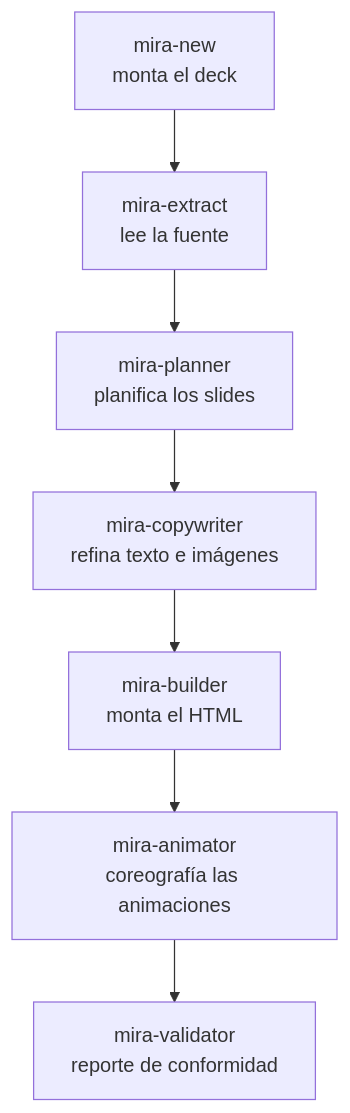
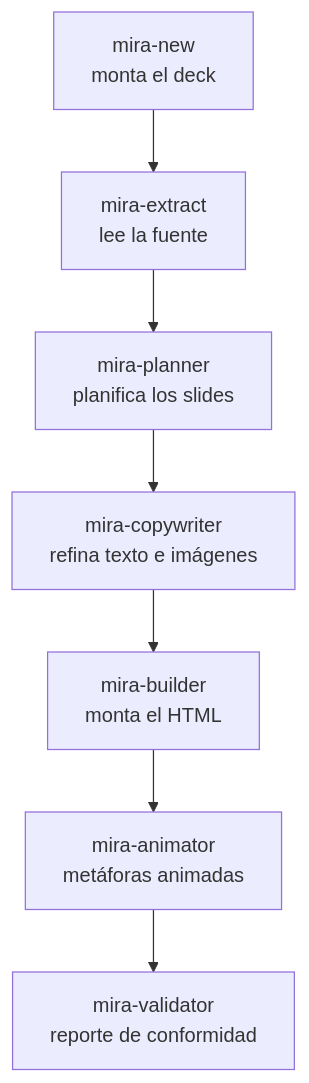
One commit to sandeco/mira-animator changed the diagram in docs/pipeline.es.md. Above: the diagram before and after it, drawn with Mermaid. The commit also changed other lines of this file and 75 other files, not shown here.

````diff
--- a/docs/pipeline.es.md
+++ b/docs/pipeline.es.md
@@ -5,9 +5,9 @@
 ```mermaid
 flowchart TD
     S[mira-new<br/>monta el deck] --> E[mira-extract<br/>lee la fuente]
     E --> P[mira-planner<br/>planifica los slides]
     P --> C[mira-copywriter<br/>refina texto e imágenes]
     C --> B[mira-builder<br/>monta el HTML]
-    B --> A[mira-animator<br/>coreografía las animaciones]
+    B --> A[mira-animator<br/>metáforas animadas]
     A --> V[mira-validator<br/>reporte de conformidad]
 ```
````
